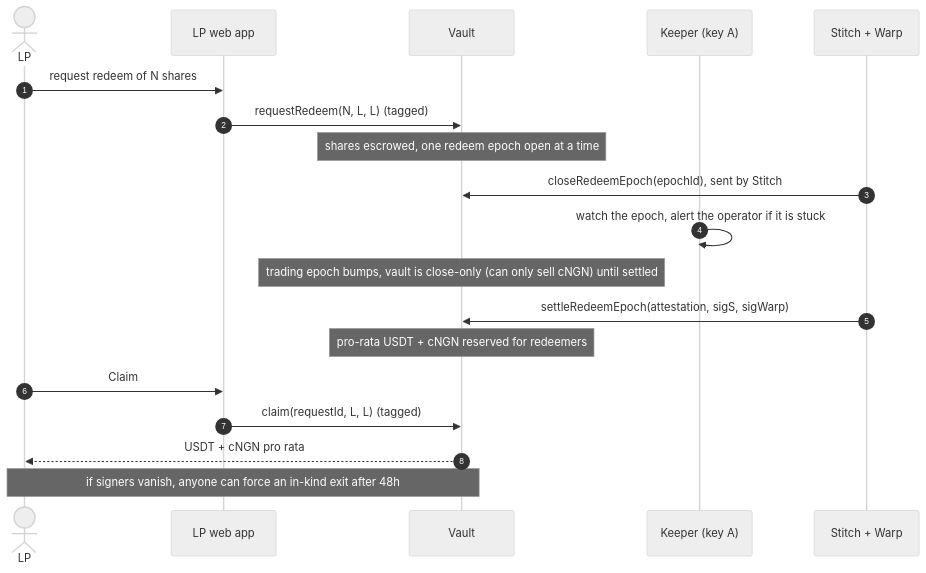
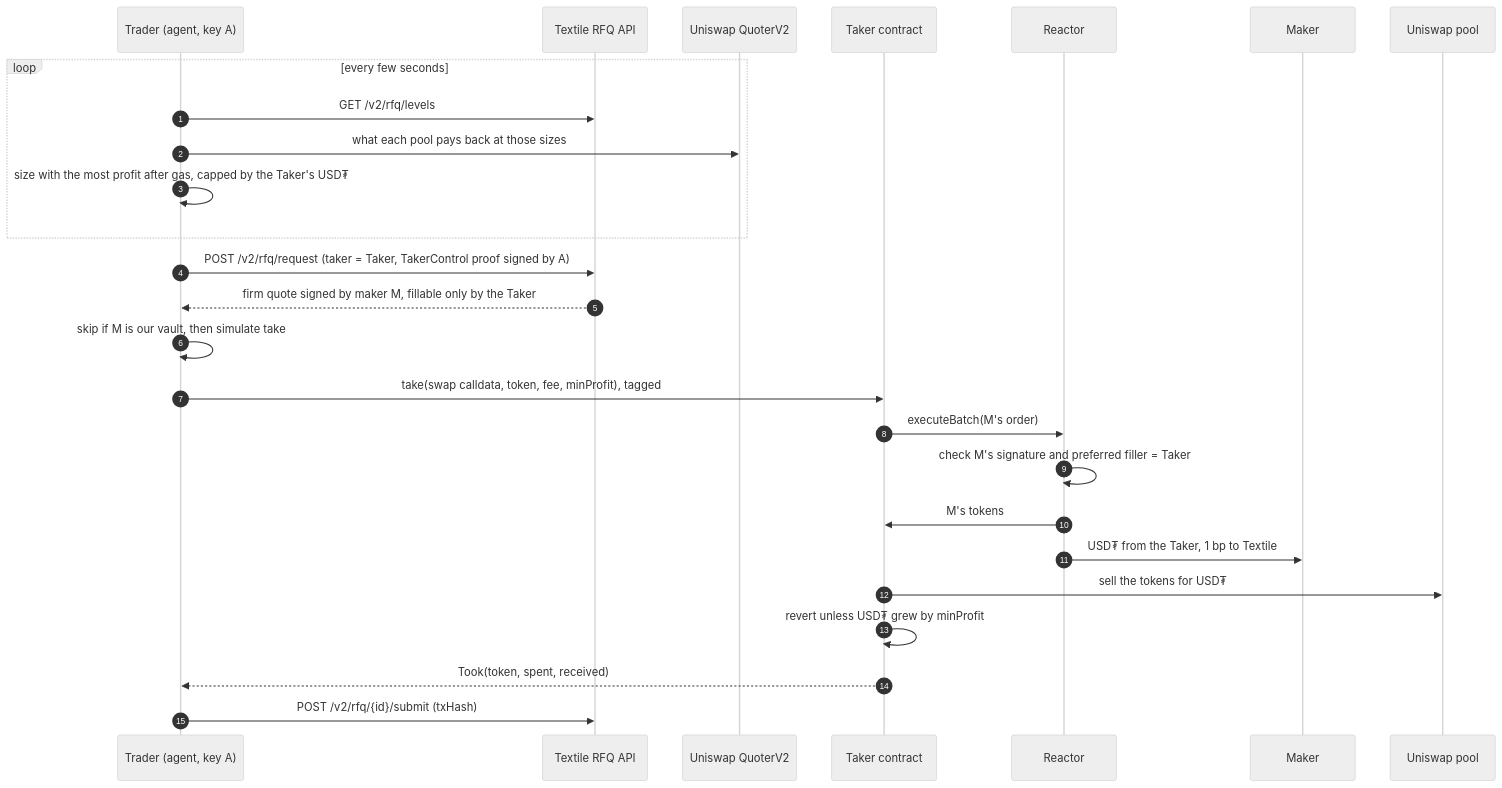
Before and after one commit to Kanasjnr/naira-desk: the sixth of 11 diagrams in docs/ARCHITECTURE.md, drawn with Mermaid (neutral theme). The commit also changed other lines of this file and 1 other file, not shown here.

````diff
--- a/docs/ARCHITECTURE.md
+++ b/docs/ARCHITECTURE.md
@@ -320,21 +321,28 @@
 ```mermaid
 sequenceDiagram
   autonumber
-  actor L as LP
-  participant A as LP web app
-  participant V as Vault
-  participant K as Keeper (key A)
-  participant N as Stitch + Warp
-  L->>A: request redeem of N shares
-  A->>V: requestRedeem(N, L, L) (tagged)
-  Note over V: shares escrowed, one redeem epoch open at a time
-  N->>V: closeRedeemEpoch(epochId), sent by Stitch
-  K->>K: watch the epoch, alert the operator if it is stuck
-  Note over V: trading epoch bumps, vault is close-only (can only sell cNGN) until settled
-  N->>V: settleRedeemEpoch(attestation, sigS, sigWarp)
-  Note over V: pro-rata USDT + cNGN reserved for redeemers
-  L->>A: Claim
-  A->>V: claim(requestId, L, L) (tagged)
-  V-->>L: USDT + cNGN pro rata
-  Note over L,V: if signers vanish, anyone can force an in-kind exit after 48h
+  participant TR as Trader (agent, key A)
+  participant X as Textile RFQ API
+  participant Q as Uniswap QuoterV2
+  participant K as Taker contract
+  participant R as Reactor
+  participant M as Maker
+  participant U as Uniswap pool
+  loop every few seconds
+    TR->>X: GET /v2/rfq/levels
+    TR->>Q: what each pool pays back at those sizes
+    TR->>TR: size with the most profit after gas, capped by the Taker's USD₮
+  end
+  TR->>X: POST /v2/rfq/request (taker = Taker, TakerControl proof signed by A)
+  X-->>TR: firm quote signed by maker M, fillable only by the Taker
+  TR->>TR: skip if M is our vault, then simulate take
+  TR->>K: take(swap calldata, token, fee, minProfit), tagged
+  K->>R: executeBatch(M's order)
+  R->>R: check M's signature and preferred filler = Taker
+  R->>K: M's tokens
+  R->>M: USD₮ from the Taker, 1 bp to Textile
+  K->>U: sell the tokens for USD₮
+  K->>K: revert unless USD₮ grew by minProfit
+  K-->>TR: Took(token, spent, received)
+  TR->>X: POST /v2/rfq/{id}/submit (txHash)
 ```
````
